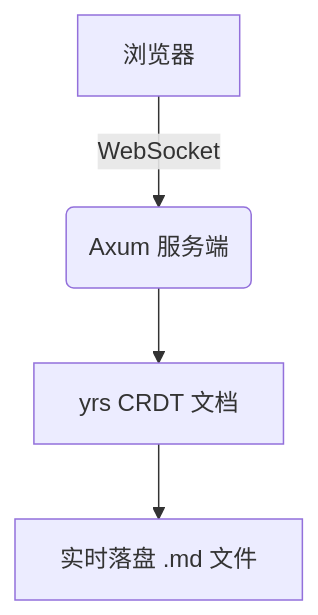
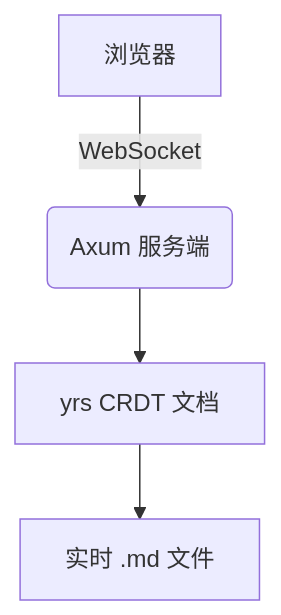
The diagram in demo-workspace/README.md (zhangnjsd/md-coworker), drawn with Mermaid before and after one commit. The commit also changed 12 other files, not shown here.

````diff
--- a/demo-workspace/README.md
+++ b/demo-workspace/README.md
@@ -16,6 +16,6 @@
 ```mermaid
 graph TD
     A[浏览器] -->|WebSocket| B(Axum 服务端)
     B --> C[yrs CRDT 文档]
-    C --> D[实时落盘 .md 文件]
+    C --> D[实时 .md 文件]
 ```
````
